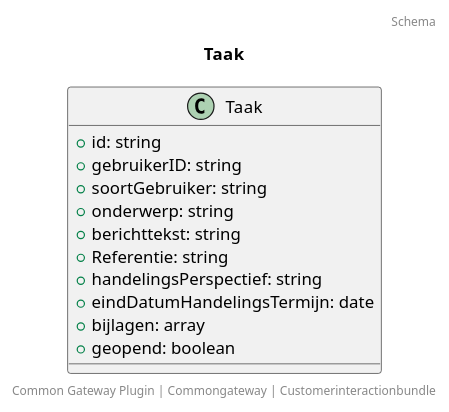
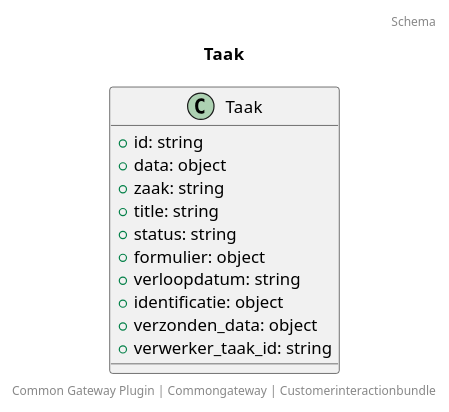
One commit to CommonGateway/CustomerInteractionBundle changed the diagram in docs/schema/klant.taak.puml. Above: the diagram before and after it, drawn with PlantUML. The commit also changed 4 other files, not shown here.

```diff
--- a/docs/schema/klant.taak.puml
+++ b/docs/schema/klant.taak.puml
@@ -1,18 +1,18 @@
 @startuml
 title: Taak
 footer: Common Gateway Plugin | Commongateway | Customerinteractionbundle 
 header: Schema
 
 class Taak {
   + id: string
-  + gebruikerID: string
-  + soortGebruiker: string
-  + onderwerp: string
-  + berichttekst: string
-  + Referentie: string
-  + handelingsPerspectief: string
-  + eindDatumHandelingsTermijn: date
-  + bijlagen: array
-  + geopend: boolean
+  + data: object
+  + zaak: string
+  + title: string
+  + status: string
+  + formulier: object
+  + verloopdatum: string
+  + identificatie: object
+  + verzonden_data: object
+  + verwerker_taak_id: string
 }
 @enduml
```
